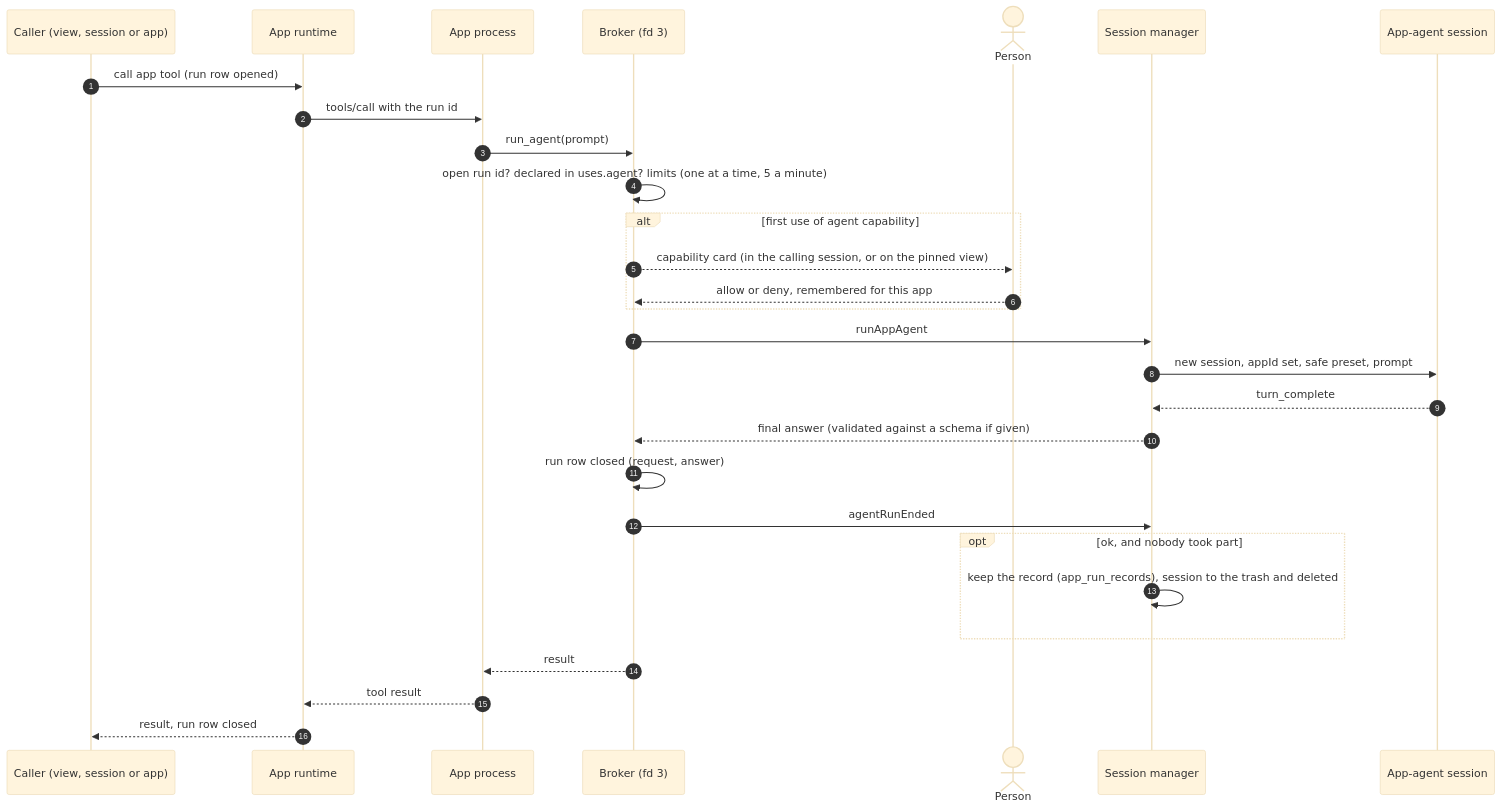
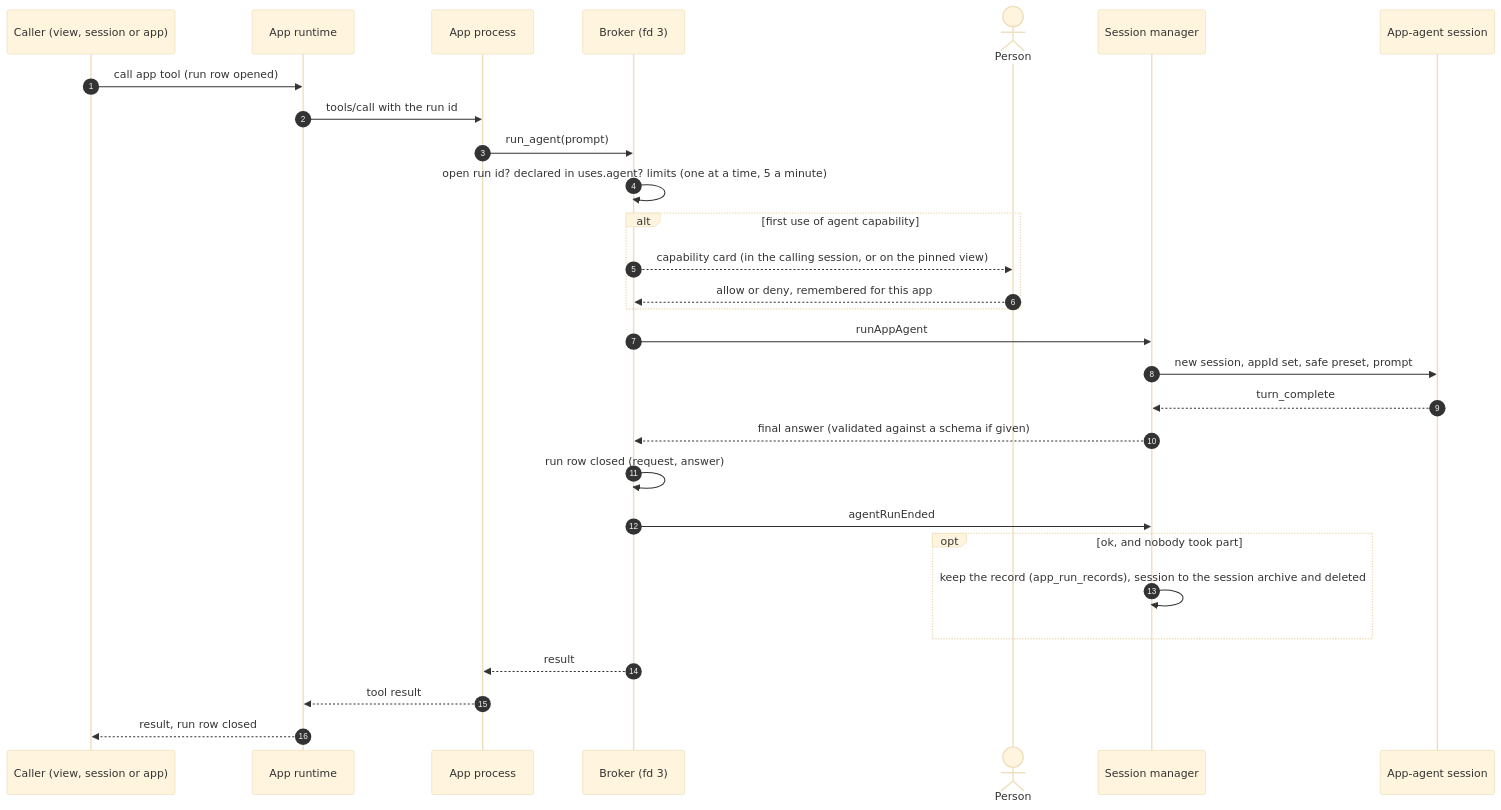
One commit to ijun17/centralu changed the ninth of 11 diagrams in docs/domain-model.ko.md. Above: the diagram before and after it, drawn with Mermaid (base theme). The commit also changed other lines of this file and 150 other files, not shown here.

First line of the commit message:
refactor(ui): call the session trash the session archive

````diff
--- a/docs/domain-model.ko.md
+++ b/docs/domain-model.ko.md
@@ -639,31 +639,31 @@
 ```mermaid
 sequenceDiagram
   autonumber
   participant V as Caller (view, session or app)
   participant R as App runtime
   participant App as App process
   participant B as Broker (fd 3)
   actor P as Person
   participant M as Session manager
   participant AG as App-agent session
   V->>R: call app tool (run row opened)
   R->>App: tools/call with the run id
   App->>B: run_agent(prompt)
   B->>B: open run id? declared in uses.agent? limits (one at a time, 5 a minute)
   alt first use of agent capability
     B-->>P: capability card (in the calling session, or on the pinned view)
     P-->>B: allow or deny, remembered for this app
   end
   B->>M: runAppAgent
   M->>AG: new session, appId set, safe preset, prompt
   AG-->>M: turn_complete
   M-->>B: final answer (validated against a schema if given)
   B->>B: run row closed (request, answer)
   B->>M: agentRunEnded
   opt ok, and nobody took part
-    M->>M: keep the record (app_run_records), session to the trash and deleted
+    M->>M: keep the record (app_run_records), session to the session archive and deleted
   end
   B-->>App: result
   App-->>R: tool result
   R-->>V: result, run row closed
 ```
````
